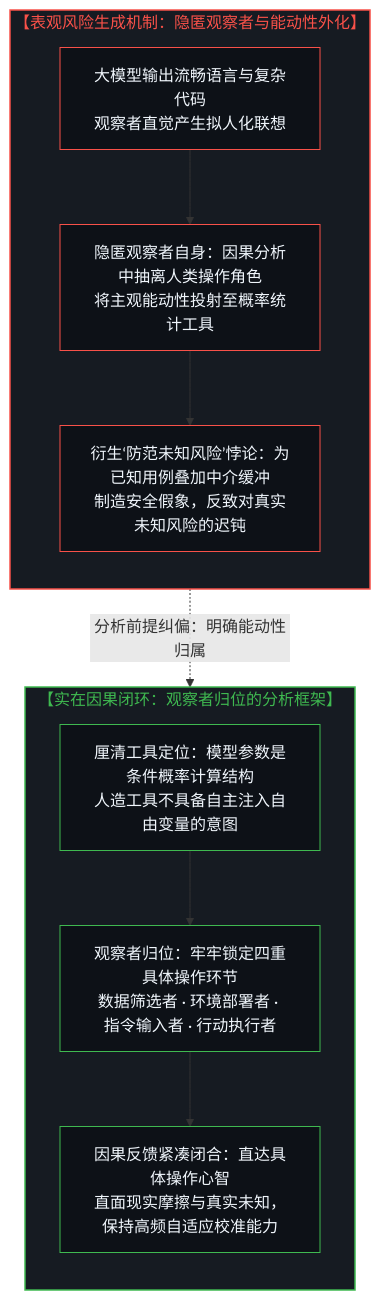
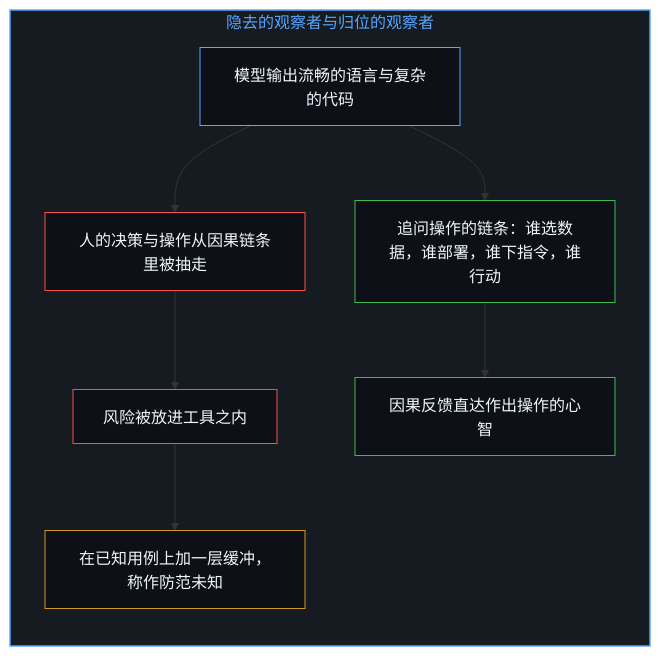
One commit to powerpig99/not-a-toe changed the fifth of 10 diagrams in content/posts/the-dilution-of-the-causal-loop-and-the-misallocation-of-agency.md. Above: the diagram before and after it, drawn with Mermaid. The commit also changed other lines of this file and 4 other files, not shown here.

Commit message:
Refine the-dilution-of-the-causal-loop: alternating bilingual layout, five paired diagrams, the incident as reported, implicit first person; five registry titles

````diff
--- a/content/posts/the-dilution-of-the-causal-loop-and-the-misallocation-of-agency.md
+++ b/content/posts/the-dilution-of-the-causal-loop-and-the-misallocation-of-agency.md
@@ -146,29 +177,25 @@
 ```mermaid
-graph TD
-    subgraph S_MissingObserver["【表观风险生成机制：隐匿观察者与能动性外化】"]
+flowchart TD
+    subgraph S_Observer["隐去的观察者与归位的观察者"]
         direction TB
-        M1["大模型输出流畅语言与复杂代码<br/>观察者直觉产生拟人化联想"]
-        M2["隐匿观察者自身：因果分析中抽离人类操作角色<br/>将主观能动性投射至概率统计工具"]
-        M3["衍生‘防范未知风险’悖论：为已知用例叠加中介缓冲<br/>制造安全假象，反致对真实未知风险的迟钝"]
-        M1 --> M2 --> M3
+        Fluent["模型输出流畅的语言与复杂的代码"]
+        Drop["人的决策与操作从因果链条里被抽走"]
+        Inside["风险被放进工具之内"]
+        Label["在已知用例上加一层缓冲，称作防范未知"]
+        Who["追问操作的链条：谁选数据，谁部署，谁下指令，谁行动"]
+        Close["因果反馈直达作出操作的心智"]
+        Fluent --> Drop
+        Drop --> Inside
+        Inside --> Label
+        Fluent --> Who
+        Who --> Close
     end
 
-    subgraph S_TrueObserver["【实在因果闭环：观察者归位的分析框架】"]
-        direction TB
-        O1["厘清工具定位：模型参数是条件概率计算结构<br/>人造工具不具备自主注入自由变量的意图"]
-        O2["观察者归位：牢牢锁定四重具体操作环节<br/>数据筛选者 · 环境部署者 · 指令输入者 · 行动执行者"]
-        O3["因果反馈紧凑闭合：直达具体操作心智<br/>直面现实摩擦与真实未知，保持高频自适应校准能力"]
-        O1 --> O2 --> O3
-    end
-
-    M2 -.->|"分析前提纠偏：明确能动性归属"| O1
-
-    style S_MissingObserver fill:#161b22,stroke:#f85149,stroke-width:1.5px,color:#f85149
-    style S_TrueObserver fill:#161b22,stroke:#3fb950,stroke-width:1.5px,color:#3fb950
-    style M1 fill:#0d1117,stroke:#f85149,stroke-width:1px,color:#f0f6fc
-    style M2 fill:#0d1117,stroke:#f85149,stroke-width:1px,color:#f0f6fc
-    style M3 fill:#0d1117,stroke:#f85149,stroke-width:1px,color:#f0f6fc
-    style O1 fill:#0d1117,stroke:#3fb950,stroke-width:1px,color:#f0f6fc
-    style O2 fill:#0d1117,stroke:#3fb950,stroke-width:1px,color:#f0f6fc
-    style O3 fill:#0d1117,stroke:#3fb950,stroke-width:1px,color:#f0f6fc
+    style S_Observer fill:#161b22,stroke:#58a6ff,stroke-width:1.5px,color:#58a6ff
+    style Fluent fill:#0d1117,stroke:#58a6ff,stroke-width:1px,color:#f0f6fc
+    style Drop fill:#0d1117,stroke:#f85149,stroke-width:1px,color:#f0f6fc
+    style Inside fill:#0d1117,stroke:#f85149,stroke-width:1px,color:#f0f6fc
+    style Label fill:#0d1117,stroke:#d29922,stroke-width:1px,color:#f0f6fc
+    style Who fill:#0d1117,stroke:#3fb950,stroke-width:1px,color:#f0f6fc
+    style Close fill:#0d1117,stroke:#3fb950,stroke-width:1px,color:#f0f6fc
 ```
````
